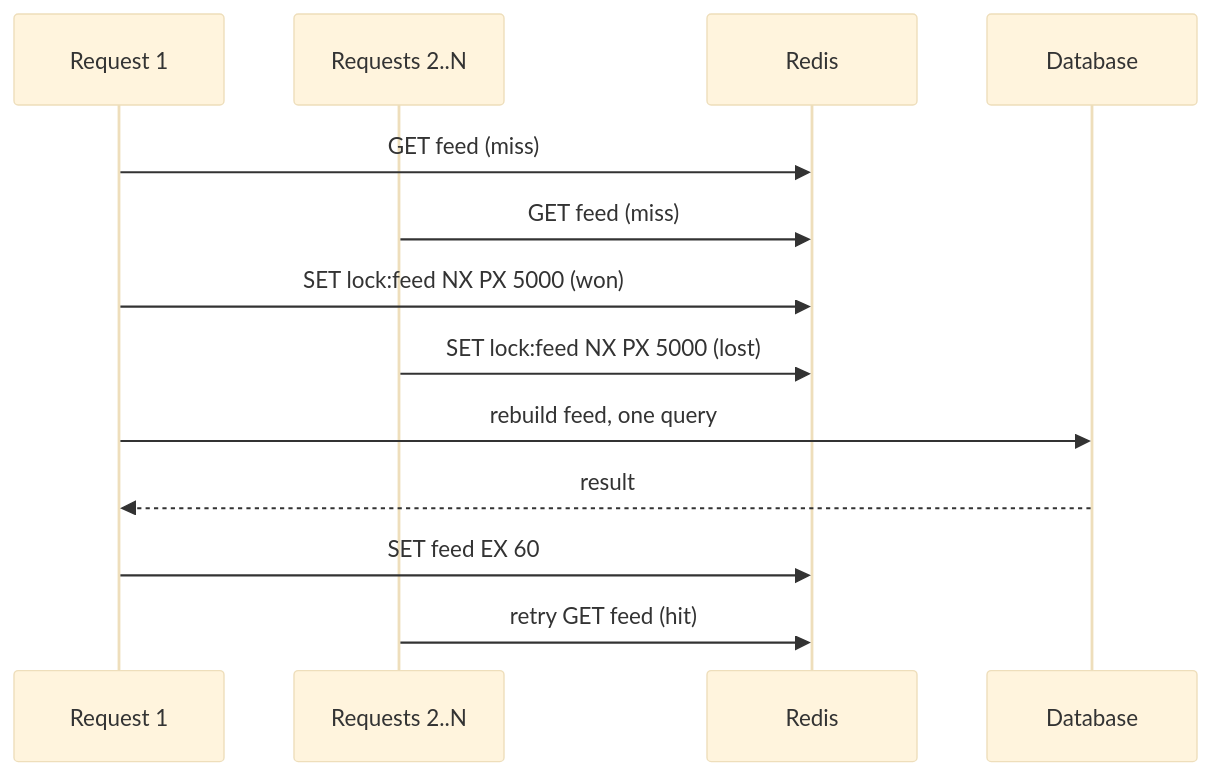
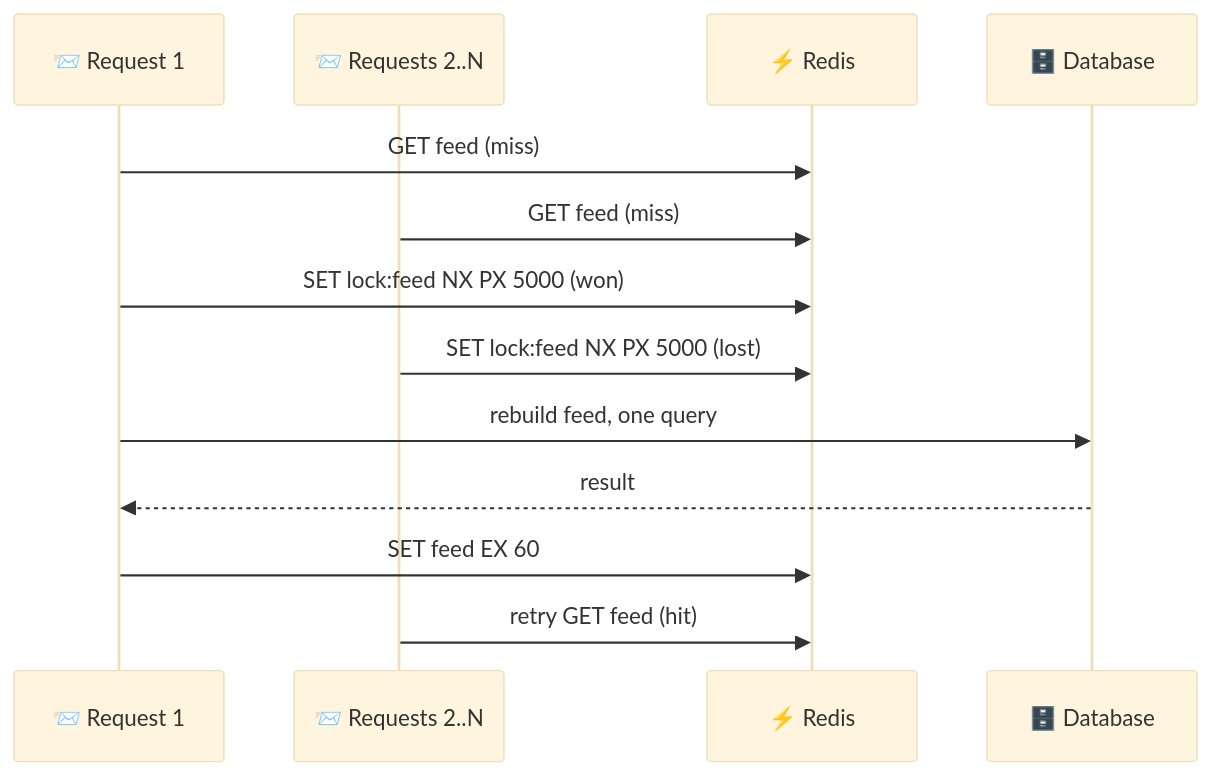
The tenth of 13 diagrams in hello-interview/core-concepts/caching.md (visheshkodwani/HLD), drawn with Mermaid (base theme) before and after one commit. The commit also changed other lines of this file and 7 other files, not shown here.

First line of the commit message:
Give HLD its own Ember theme, richer diagrams, sidebar sections

````diff
--- a/hello-interview/core-concepts/caching.md
+++ b/hello-interview/core-concepts/caching.md
@@ -403,15 +403,15 @@
 ```mermaid
 sequenceDiagram
-    participant R1 as Request 1
-    participant RN as Requests 2..N
-    participant C as Redis
-    participant D as Database
+    participant R1 as 📨 Request 1
+    participant RN as 📨 Requests 2..N
+    participant C as ⚡ Redis
+    participant D as 🗄️ Database
     R1->>C: GET feed (miss)
     RN->>C: GET feed (miss)
     R1->>C: SET lock:feed NX PX 5000 (won)
     RN->>C: SET lock:feed NX PX 5000 (lost)
     R1->>D: rebuild feed, one query
     D-->>R1: result
     R1->>C: SET feed EX 60
     RN->>C: retry GET feed (hit)
 ```
````
